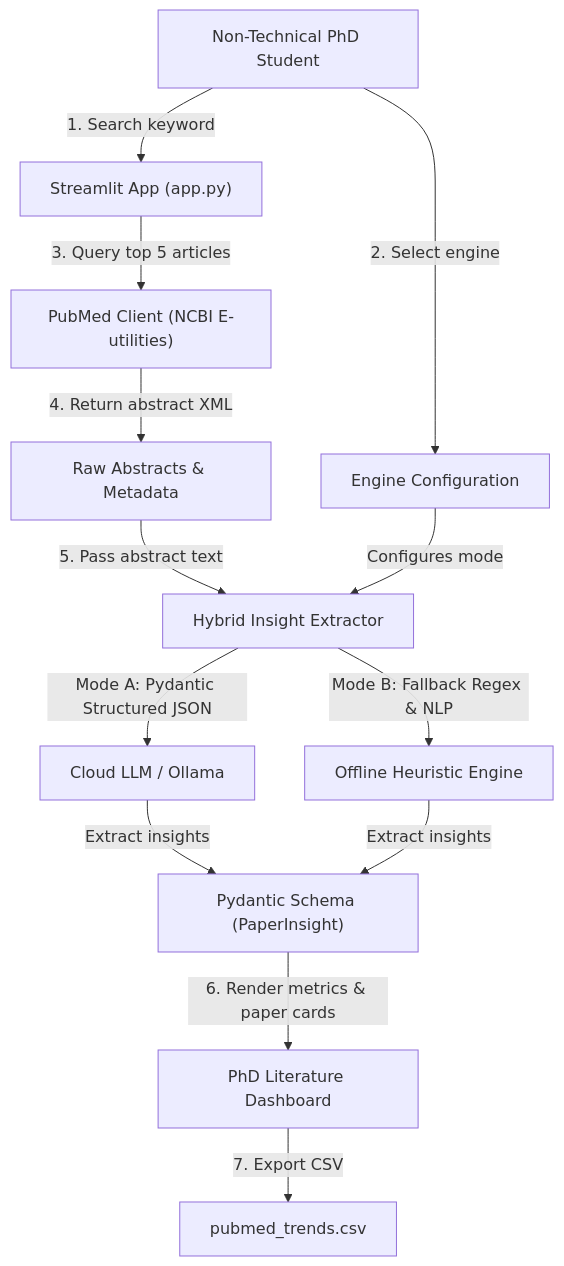
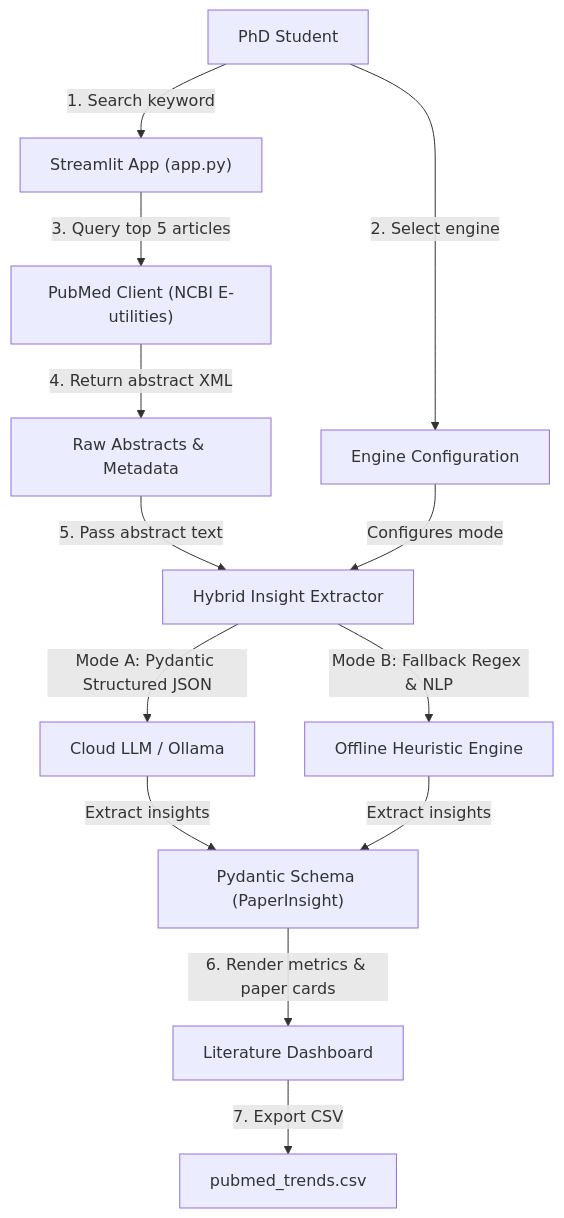
Before and after one commit to micsu0930/scientific_trend_finder: the diagram in README.md, drawn with Mermaid.

````diff
--- a/README.md
+++ b/README.md
@@ -46,20 +46,20 @@
 ```mermaid
 graph TD
-    User["Non-Technical PhD Student"] -->|"1. Search keyword"| SearchUI["Streamlit App (app.py)"]
+    User["PhD Student"] -->|"1. Search keyword"| SearchUI["Streamlit App (app.py)"]
     User -->|"2. Select engine"| EngineSelect["Engine Configuration"]
     
     SearchUI -->|"3. Query top 5 articles"| PubMedAPI["PubMed Client (NCBI E-utilities)"]
     PubMedAPI -->|"4. Return abstract XML"| AbstractData["Raw Abstracts & Metadata"]
     
     AbstractData -->|"5. Pass abstract text"| ExtractionEngine["Hybrid Insight Extractor"]
     EngineSelect -->|"Configures mode"| ExtractionEngine
     
     ExtractionEngine -->|"Mode A: Pydantic Structured JSON"| CloudLLM["Cloud LLM / Ollama"]
     ExtractionEngine -->|"Mode B: Fallback Regex & NLP"| HeuristicEngine["Offline Heuristic Engine"]
     
     CloudLLM -->|"Extract insights"| PydanticSchema["Pydantic Schema (PaperInsight)"]
     HeuristicEngine -->|"Extract insights"| PydanticSchema
     
-    PydanticSchema -->|"6. Render metrics & paper cards"| Dashboard["PhD Literature Dashboard"]
+    PydanticSchema -->|"6. Render metrics & paper cards"| Dashboard["Literature Dashboard"]
     Dashboard -->|"7. Export CSV"| CSVFile["pubmed_trends.csv"]
 ```
````
